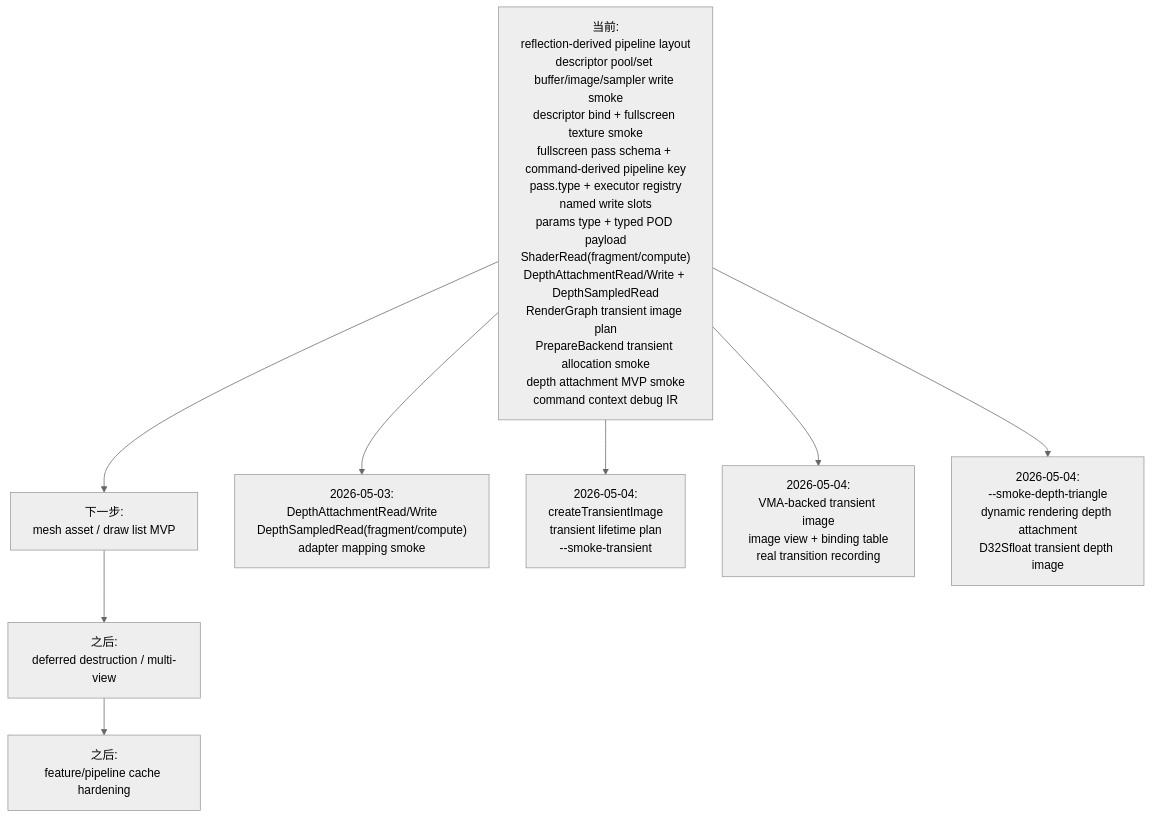
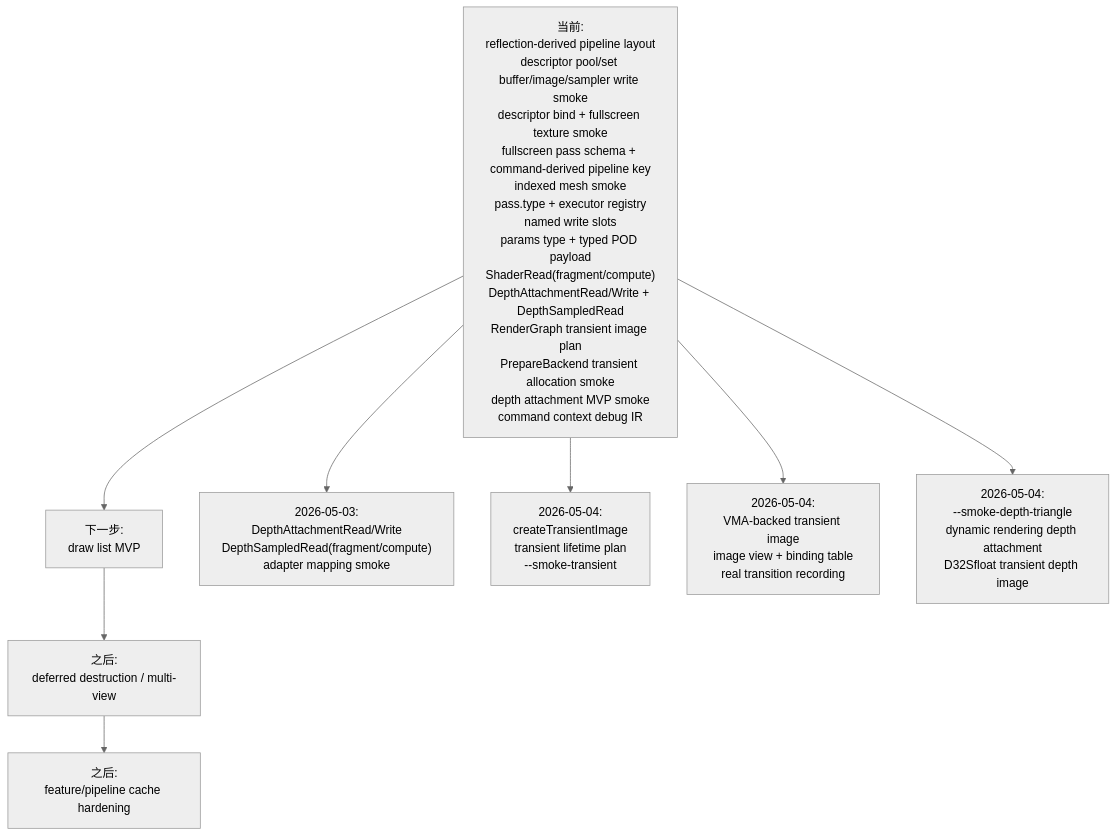
Diagram 14 of 14 in docs/flow-architecture.md (66six11/Engine), drawn with Mermaid (neutral theme) before and after one commit. The commit also changed other lines of this file and 5 other files, not shown here.

Commit message:
feat: add indexed mesh smoke

````diff
--- a/docs/flow-architecture.md
+++ b/docs/flow-architecture.md
@@ -527,18 +538,18 @@
 ```mermaid
 flowchart TD
-    Now["当前:<br/>reflection-derived pipeline layout<br/>descriptor pool/set buffer/image/sampler write smoke<br/>descriptor bind + fullscreen texture smoke<br/>fullscreen pass schema + command-derived pipeline key<br/>pass.type + executor registry<br/>named write slots<br/>params type + typed POD payload<br/>ShaderRead(fragment/compute)<br/>DepthAttachmentRead/Write + DepthSampledRead<br/>RenderGraph transient image plan<br/>PrepareBackend transient allocation smoke<br/>depth attachment MVP smoke<br/>command context debug IR"]
-    Step1["下一步:<br/>mesh asset / draw list MVP"]
+    Now["当前:<br/>reflection-derived pipeline layout<br/>descriptor pool/set buffer/image/sampler write smoke<br/>descriptor bind + fullscreen texture smoke<br/>fullscreen pass schema + command-derived pipeline key<br/>indexed mesh smoke<br/>pass.type + executor registry<br/>named write slots<br/>params type + typed POD payload<br/>ShaderRead(fragment/compute)<br/>DepthAttachmentRead/Write + DepthSampledRead<br/>RenderGraph transient image plan<br/>PrepareBackend transient allocation smoke<br/>depth attachment MVP smoke<br/>command context debug IR"]
+    Step1["下一步:<br/>draw list MVP"]
     Step2["之后:<br/>deferred destruction / multi-view"]
     Step3["之后:<br/>feature/pipeline cache hardening"]
 
     Now --> Step1 --> Step2 --> Step3
 
     DepthStateUpdate["2026-05-03:<br/>DepthAttachmentRead/Write<br/>DepthSampledRead(fragment/compute)<br/>adapter mapping smoke"]
     Now --> DepthStateUpdate
     TransientUpdate["2026-05-04:<br/>createTransientImage<br/>transient lifetime plan<br/>--smoke-transient"]
     Now --> TransientUpdate
     TransientVkUpdate["2026-05-04:<br/>VMA-backed transient image<br/>image view + binding table<br/>real transition recording"]
     Now --> TransientVkUpdate
     DepthTriangleUpdate["2026-05-04:<br/>--smoke-depth-triangle<br/>dynamic rendering depth attachment<br/>D32Sfloat transient depth image"]
     Now --> DepthTriangleUpdate
 ```
````
